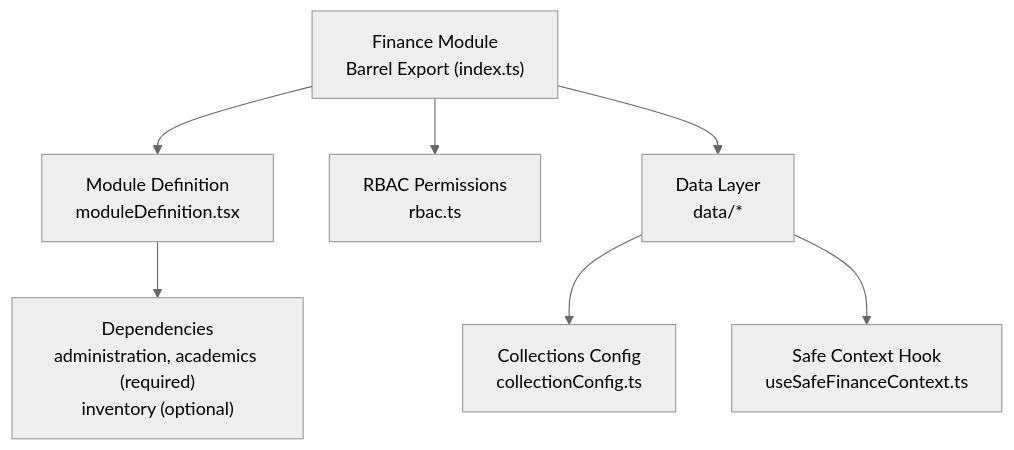
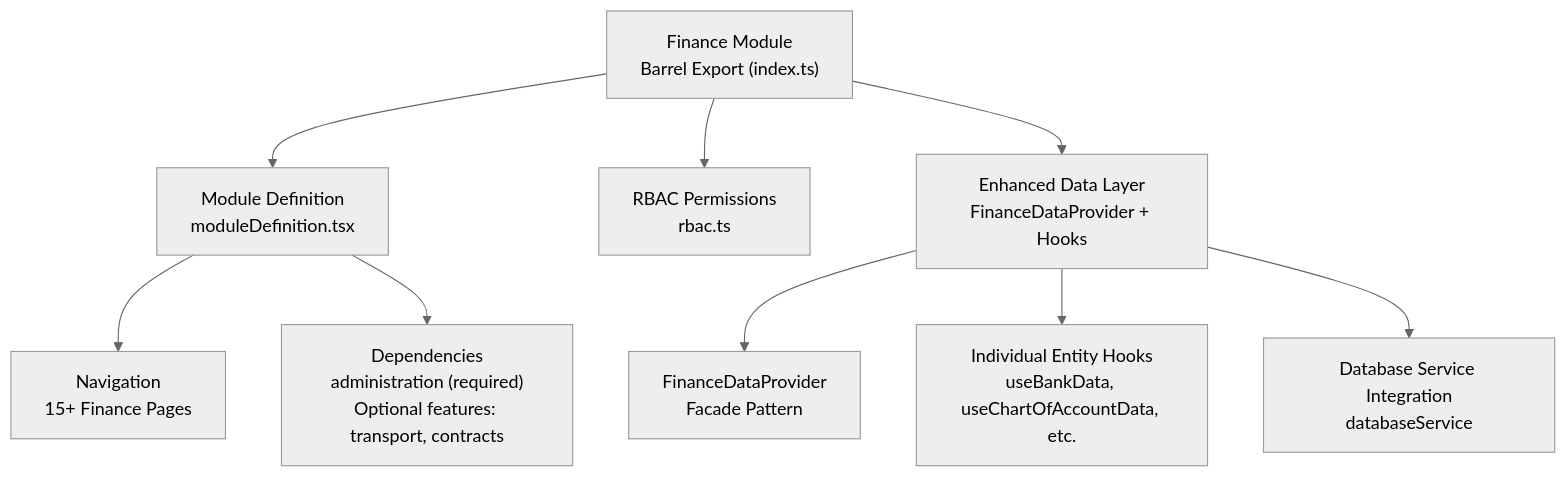
Before and after one commit to geniusdynamics/schoolpilot: the first of 7 diagrams in .qoder/repowiki/en/content/Modules System/Finance Module.md, drawn with Mermaid (neutral theme). The commit also changed other lines of this file and 16 other files, not shown here.

````diff
--- a/.qoder/repowiki/en/content/Modules System/Finance Module.md
+++ b/.qoder/repowiki/en/content/Modules System/Finance Module.md
@@ -35,9 +51,11 @@
 ```mermaid
 graph TB
 A["Finance Module<br/>Barrel Export (index.ts)"] --> B["Module Definition<br/>moduleDefinition.tsx"]
 A --> C["RBAC Permissions<br/>rbac.ts"]
-A --> D["Data Layer<br/>data/*"]
-D --> E["Collections Config<br/>collectionConfig.ts"]
-D --> F["Safe Context Hook<br/>useSafeFinanceContext.ts"]
-B --> G["Dependencies<br/>administration, academics (required)<br/>inventory (optional)"]
+A --> D["Enhanced Data Layer<br/>FinanceDataProvider + Hooks"]
+D --> E["FinanceDataProvider<br/>Facade Pattern"]
+D --> F["Individual Entity Hooks<br/>useBankData, useChartOfAccountData, etc."]
+D --> G["Database Service Integration<br/>databaseService"]
+B --> H["Navigation<br/>15+ Finance Pages"]
+B --> I["Dependencies<br/>administration (required)<br/>Optional features: transport, contracts"]
 ```
````
